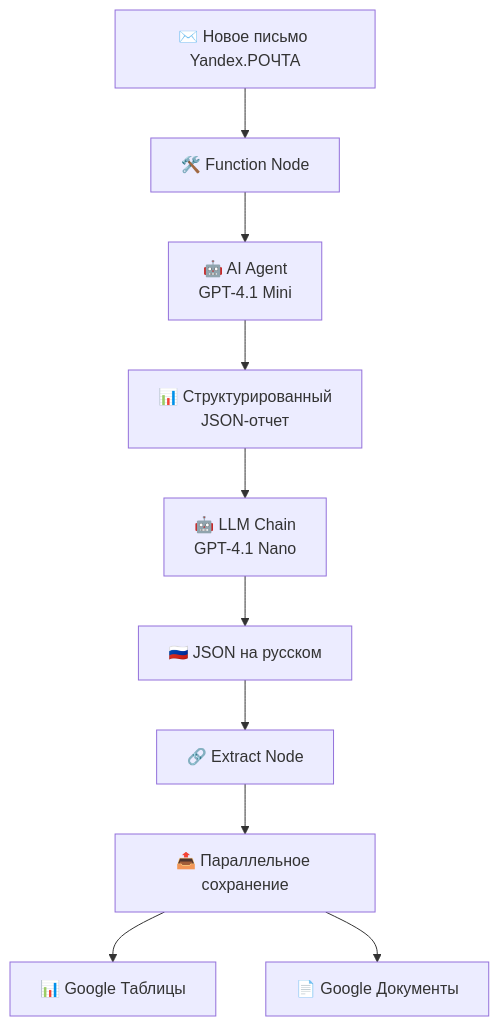
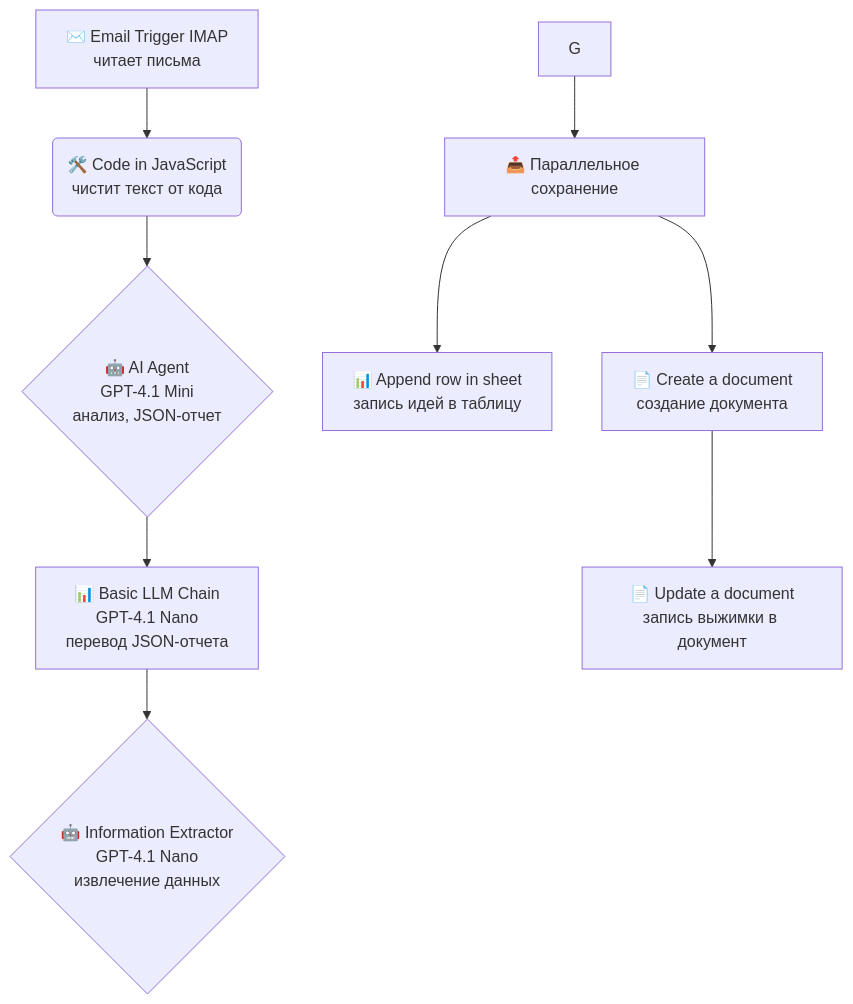
The diagram in README.md (rbuiz/ai-email-processor), drawn with Mermaid before and after one commit. The commit also changed other lines of this file, not shown here.

````diff
--- a/README.md
+++ b/README.md
@@ -45,12 +87,11 @@
 ```mermaid
 graph TD
-    A[✉️ Новое письмо Yandex.POЧTA] --> B[🛠️ Function Node];
-    B --> C[🤖 AI Agent<br>GPT-4.1 Mini];
-    C --> D[📊 Структурированный<br>JSON-отчет];
-    D --> E[🤖 LLM Chain<br>GPT-4.1 Nano];
-    E --> F[🇷🇺 JSON на русском];
-    F --> G[🔗 Extract Node];
+    A[✉️ Email Trigger IMAP<br>читает письма] --> B(🛠️ Code in JavaScript<br>чистит текст от кода);
+    B --> C{🤖 AI Agent<br>GPT-4.1 Mini<br>анализ, JSON-отчет};
+    C --> D[📊 Basic LLM Chain<br>GPT-4.1 Nano<br>перевод JSON-отчета];
+    D --> E{🤖 Information Extractor<br>GPT-4.1 Nano<br>извлечение данных};
     G --> H[📤 Параллельное сохранение];
-    H --> I[📊 Google Таблицы];
-    H --> J[📄 Google Документы];
+    H --> I[📊 Append row in sheet<br>запись идей в таблицу];
+    H --> J[📄 Create a document<br>создание документа];
+    J --> K[📄 Update a document<br>запись выжимки в документ];
 ```
````
